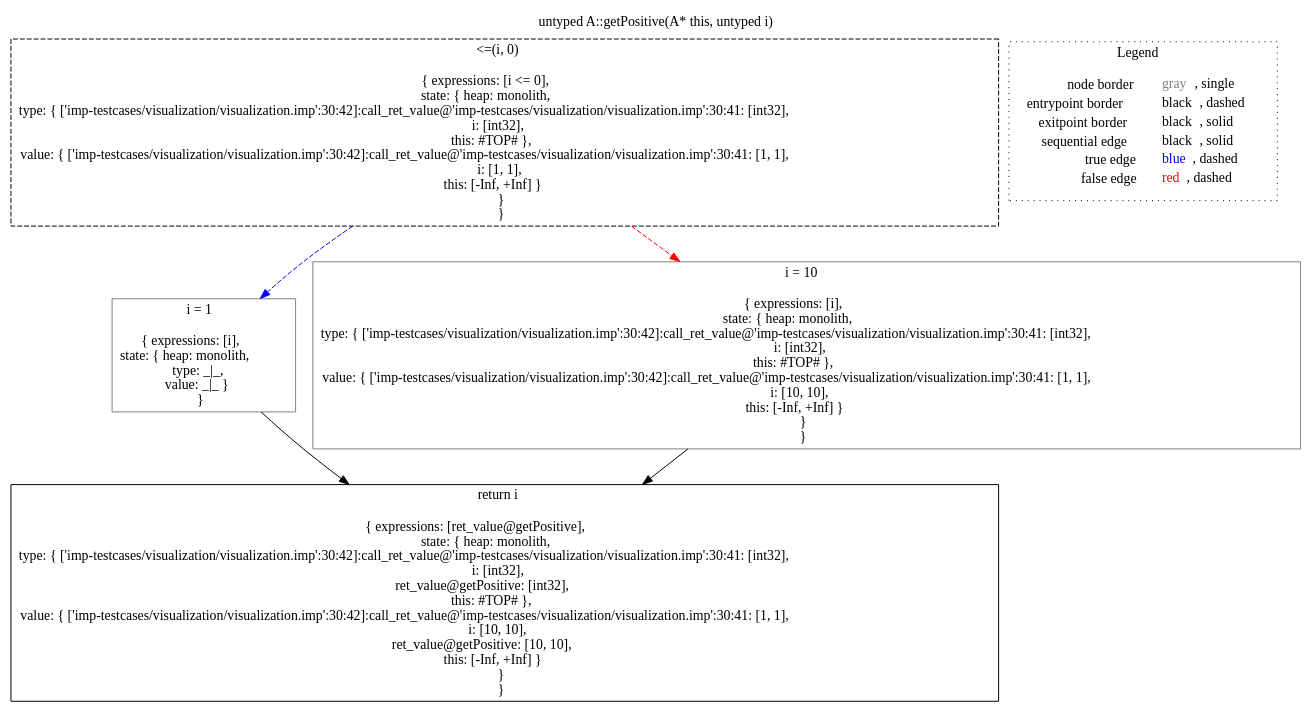
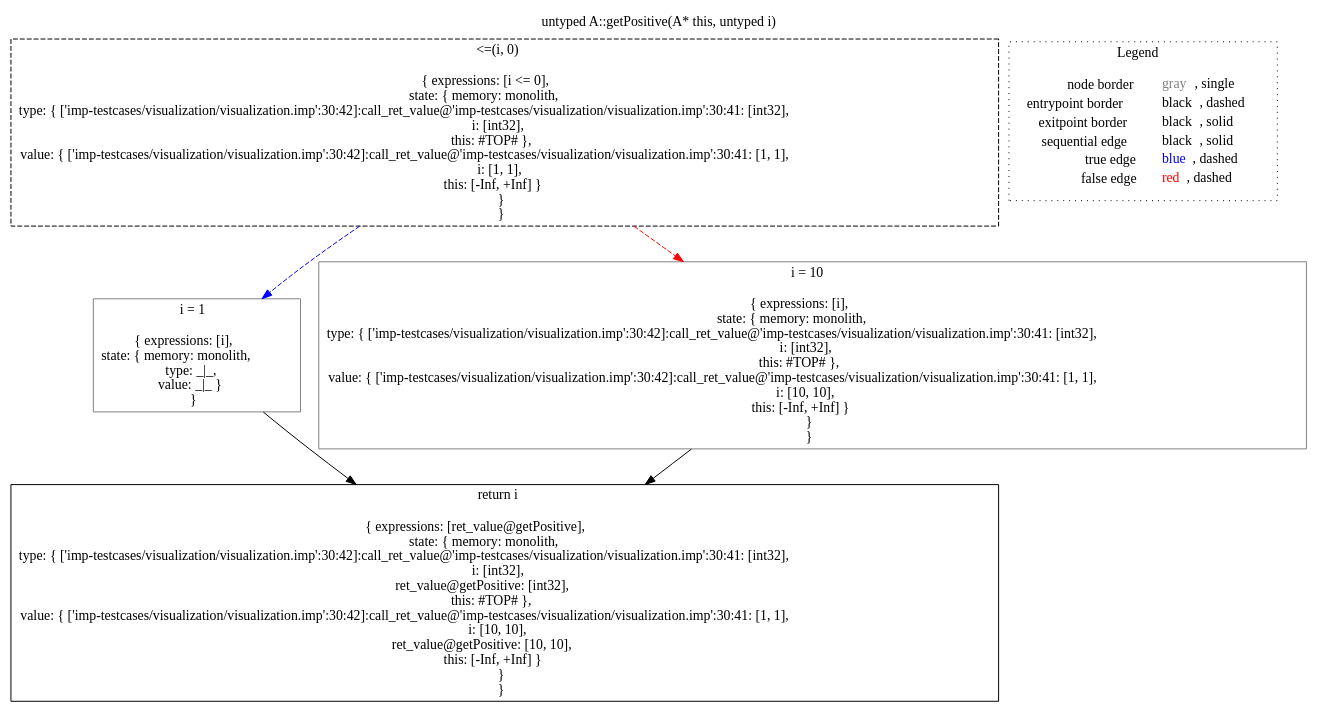
One commit to lisa-analyzer/lisa changed the diagram in lisa/lisa-analyses/imp-testcases/visualization/dot/untyped_A.getPositive(A__this,_untyped_i)_-1778620222.dot. Above: the diagram before and after it, drawn with Graphviz. The commit also changed 930 other files, not shown here.

Commit message:
Rename heap to memory #127

```diff
--- a/lisa/lisa-analyses/imp-testcases/visualization/dot/untyped_A.getPositive(A__this,_untyped_i)_-1778620222.dot
+++ b/lisa/lisa-analyses/imp-testcases/visualization/dot/untyped_A.getPositive(A__this,_untyped_i)_-1778620222.dot
@@ -1,17 +1,17 @@
 digraph "untyped A::getPositive(A* this, untyped i)" {
 edge ["dir"="forward"]
 graph ["label"="untyped A::getPositive(A* this, untyped i)","labelloc"="t"]
-"node0" ["label"=<&lt;=(i, 0)<br/><br/>{ expressions: [i &lt;= 0],<br/>state: { heap: monolith,<br/>type: { ['imp-testcases/visualization/visualization.imp':30:42]:call_ret_value@'imp-testcases/visualization/visualization.imp':30:41: [int32],<br/>i: [int32],<br/>this: #TOP# },<br/>value: { ['imp-testcases/visualization/visualization.imp':30:42]:call_ret_value@'imp-testcases/visualization/visualization.imp':30:41: [1, 1],<br/>i: [1, 1],<br/>this: [-Inf, +Inf] }<br/> }<br/> }<br/>>,"shape"="rect","id"="node0","color"="black","style"="dashed"]
-"node3" ["label"=<i = 1<br/><br/>{ expressions: [i],<br/>state: { heap: monolith,<br/>type: _|_,<br/>value: _|_ }<br/> }<br/>>,"shape"="rect","id"="node3","color"="gray"]
-"node6" ["label"=<i = 10<br/><br/>{ expressions: [i],<br/>state: { heap: monolith,<br/>type: { ['imp-testcases/visualization/visualization.imp':30:42]:call_ret_value@'imp-testcases/visualization/visualization.imp':30:41: [int32],<br/>i: [int32],<br/>this: #TOP# },<br/>value: { ['imp-testcases/visualization/visualization.imp':30:42]:call_ret_value@'imp-testcases/visualization/visualization.imp':30:41: [1, 1],<br/>i: [10, 10],<br/>this: [-Inf, +Inf] }<br/> }<br/> }<br/>>,"shape"="rect","id"="node6","color"="gray"]
-"node9" ["label"=<return i<br/><br/>{ expressions: [ret_value@getPositive],<br/>state: { heap: monolith,<br/>type: { ['imp-testcases/visualization/visualization.imp':30:42]:call_ret_value@'imp-testcases/visualization/visualization.imp':30:41: [int32],<br/>i: [int32],<br/>ret_value@getPositive: [int32],<br/>this: #TOP# },<br/>value: { ['imp-testcases/visualization/visualization.imp':30:42]:call_ret_value@'imp-testcases/visualization/visualization.imp':30:41: [1, 1],<br/>i: [10, 10],<br/>ret_value@getPositive: [10, 10],<br/>this: [-Inf, +Inf] }<br/> }<br/> }<br/>>,"shape"="rect","id"="node9","color"="black"]
+"node0" ["label"=<&lt;=(i, 0)<br/><br/>{ expressions: [i &lt;= 0],<br/>state: { memory: monolith,<br/>type: { ['imp-testcases/visualization/visualization.imp':30:42]:call_ret_value@'imp-testcases/visualization/visualization.imp':30:41: [int32],<br/>i: [int32],<br/>this: #TOP# },<br/>value: { ['imp-testcases/visualization/visualization.imp':30:42]:call_ret_value@'imp-testcases/visualization/visualization.imp':30:41: [1, 1],<br/>i: [1, 1],<br/>this: [-Inf, +Inf] }<br/> }<br/> }<br/>>,"shape"="rect","id"="node0","color"="black","style"="dashed"]
+"node3" ["label"=<i = 1<br/><br/>{ expressions: [i],<br/>state: { memory: monolith,<br/>type: _|_,<br/>value: _|_ }<br/> }<br/>>,"shape"="rect","id"="node3","color"="gray"]
+"node6" ["label"=<i = 10<br/><br/>{ expressions: [i],<br/>state: { memory: monolith,<br/>type: { ['imp-testcases/visualization/visualization.imp':30:42]:call_ret_value@'imp-testcases/visualization/visualization.imp':30:41: [int32],<br/>i: [int32],<br/>this: #TOP# },<br/>value: { ['imp-testcases/visualization/visualization.imp':30:42]:call_ret_value@'imp-testcases/visualization/visualization.imp':30:41: [1, 1],<br/>i: [10, 10],<br/>this: [-Inf, +Inf] }<br/> }<br/> }<br/>>,"shape"="rect","id"="node6","color"="gray"]
+"node9" ["label"=<return i<br/><br/>{ expressions: [ret_value@getPositive],<br/>state: { memory: monolith,<br/>type: { ['imp-testcases/visualization/visualization.imp':30:42]:call_ret_value@'imp-testcases/visualization/visualization.imp':30:41: [int32],<br/>i: [int32],<br/>ret_value@getPositive: [int32],<br/>this: #TOP# },<br/>value: { ['imp-testcases/visualization/visualization.imp':30:42]:call_ret_value@'imp-testcases/visualization/visualization.imp':30:41: [1, 1],<br/>i: [10, 10],<br/>ret_value@getPositive: [10, 10],<br/>this: [-Inf, +Inf] }<br/> }<br/> }<br/>>,"shape"="rect","id"="node9","color"="black"]
 subgraph "cluster_legend" {
 edge ["dir"="none"]
 graph ["label"=<Legend>,"style"="dotted"]
 "legend" ["label"=<<table border="0" cellpadding="2" cellspacing="0" cellborder="0"><tr><td align="right">node border&nbsp;</td><td align="left"><font color="gray">gray</font>, single</td></tr><tr><td align="right">entrypoint border&nbsp;</td><td align="left"><font color="black">black</font>, dashed</td></tr><tr><td align="right">exitpoint border&nbsp;</td><td align="left"><font color="black">black</font>, solid</td></tr><tr><td align="right">sequential edge&nbsp;</td><td align="left"><font color="black">black</font>, solid</td></tr><tr><td align="right">true edge&nbsp;</td><td align="left"><font color="blue">blue</font>, dashed</td></tr><tr><td align="right">false edge&nbsp;</td><td align="left"><font color="red">red</font>, dashed</td></tr></table>>,"shape"="none"]
 }
 "node0" -> "node6" ["style"="dashed","color"="red"]
 "node0" -> "node3" ["style"="dashed","color"="blue"]
 "node3" -> "node9" ["color"="black"]
 "node6" -> "node9" ["color"="black"]
 }
```
